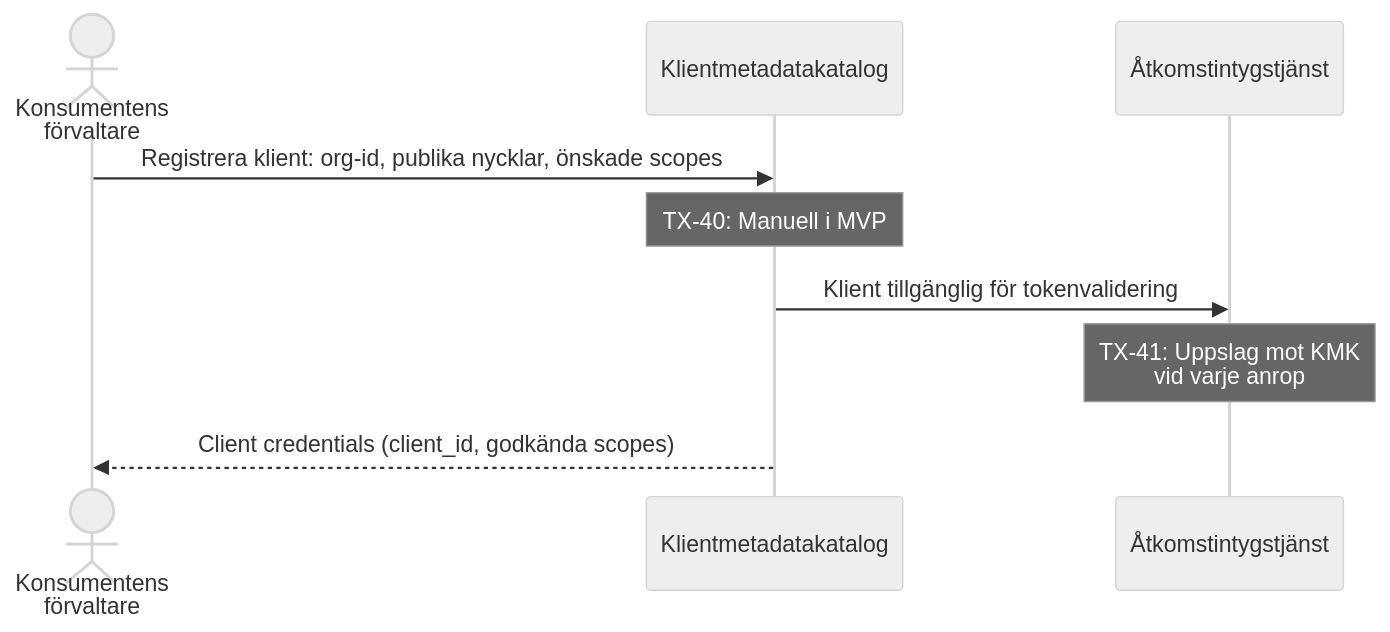
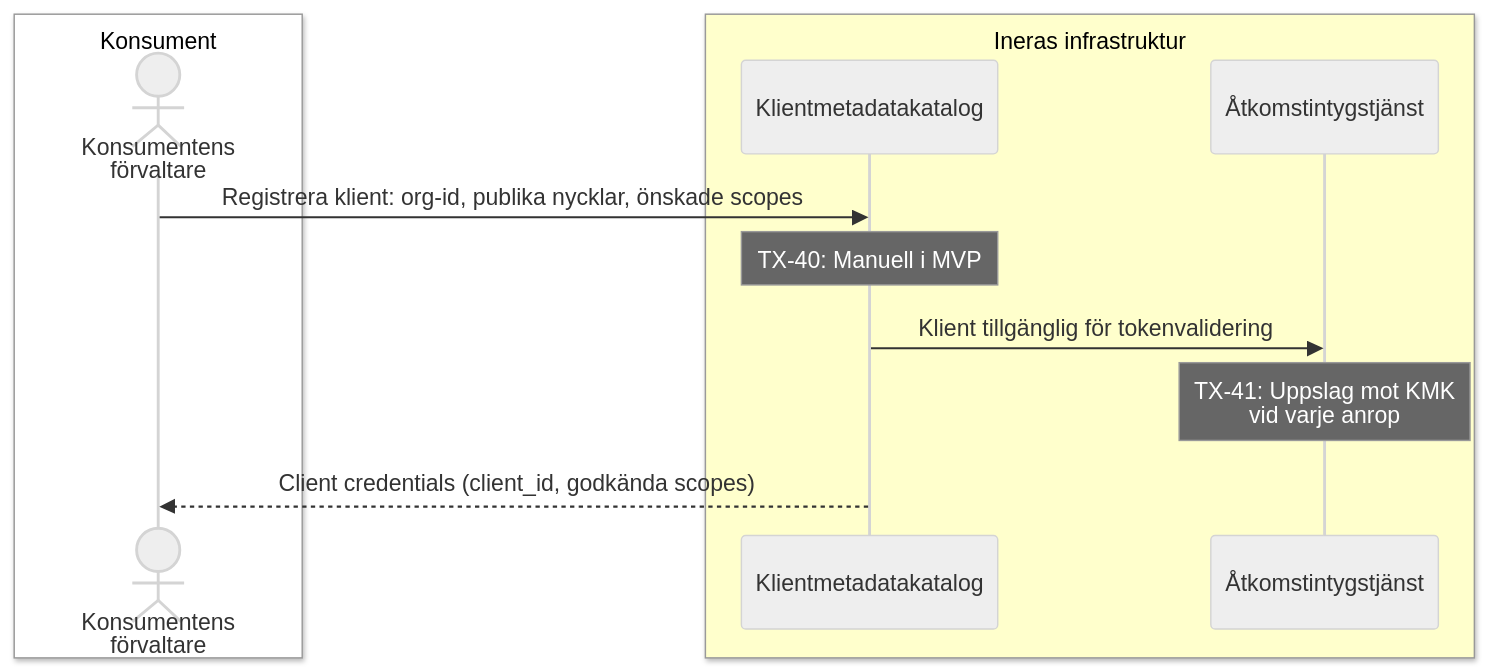
One commit to oskthu2/inera changed the ninth of 9 diagrams in T2/EHDS-brygga/losningsarkitektur-mvp-ehds.md. Above: the diagram before and after it, drawn with Mermaid (neutral theme). The commit also changed other lines of this file, not shown here.

First line of the commit message:
Lägg till färgade boxar i alla Mermaid-diagram

````diff
--- a/T2/EHDS-brygga/losningsarkitektur-mvp-ehds.md
+++ b/T2/EHDS-brygga/losningsarkitektur-mvp-ehds.md
@@ -389,14 +421,18 @@
 ```mermaid
 sequenceDiagram
-    actor KF as Konsumentens<br/>förvaltare
-    participant KMK as Klientmetadatakatalog
-    participant AT as Åtkomstintygstjänst
+    box rgb(255,255,255) Konsument
+        actor KF as Konsumentens<br/>förvaltare
+    end
+    box rgb(255,255,204) Ineras infrastruktur
+        participant KMK as Klientmetadatakatalog
+        participant AT as Åtkomstintygstjänst
+    end
 
     KF->>KMK: Registrera klient: org-id, publika nycklar, önskade scopes
     Note over KMK: TX-40: Manuell i MVP
 
     KMK->>AT: Klient tillgänglig för tokenvalidering
     Note over AT: TX-41: Uppslag mot KMK<br/>vid varje anrop
 
     KMK-->>KF: Client credentials (client_id, godkända scopes)
 ```
````
